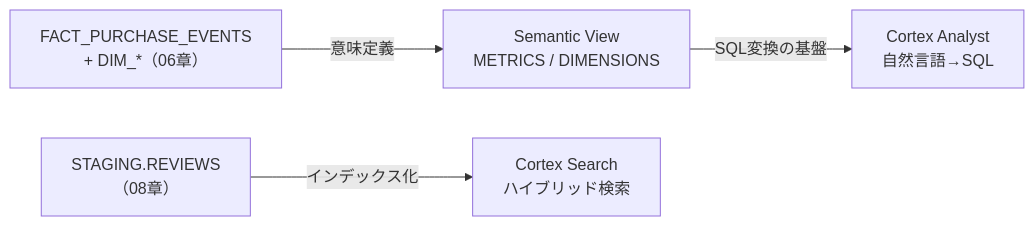
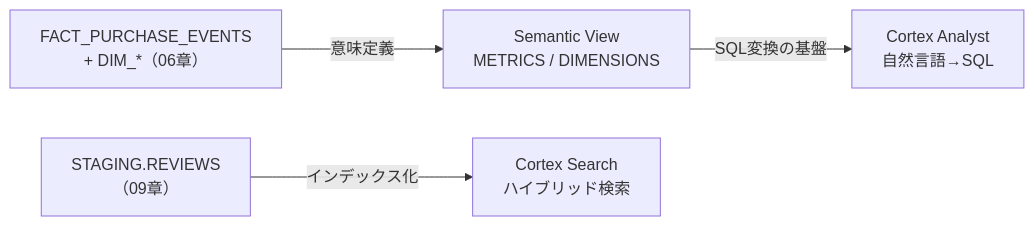
Before and after one commit to Katsunori04/snowflake-hands-on: the diagram in sql/10_semantic_view_cortex.md, drawn with Mermaid. The commit also changed other lines of this file and 14 other files, not shown here.

````diff
--- a/sql/10_semantic_view_cortex.md
+++ b/sql/10_semantic_view_cortex.md
@@ -25,6 +25,6 @@
 ```mermaid
 flowchart LR
     A["FACT_PURCHASE_EVENTS\n+ DIM_*（06章）"] -->|意味定義| B["Semantic View\nMETRICS / DIMENSIONS"]
     B -->|SQL変換の基盤| C["Cortex Analyst\n自然言語→SQL"]
-    D["STAGING.REVIEWS\n（08章）"] -->|インデックス化| E["Cortex Search\nハイブリッド検索"]
+    D["STAGING.REVIEWS\n（09章）"] -->|インデックス化| E["Cortex Search\nハイブリッド検索"]
 ```
````
